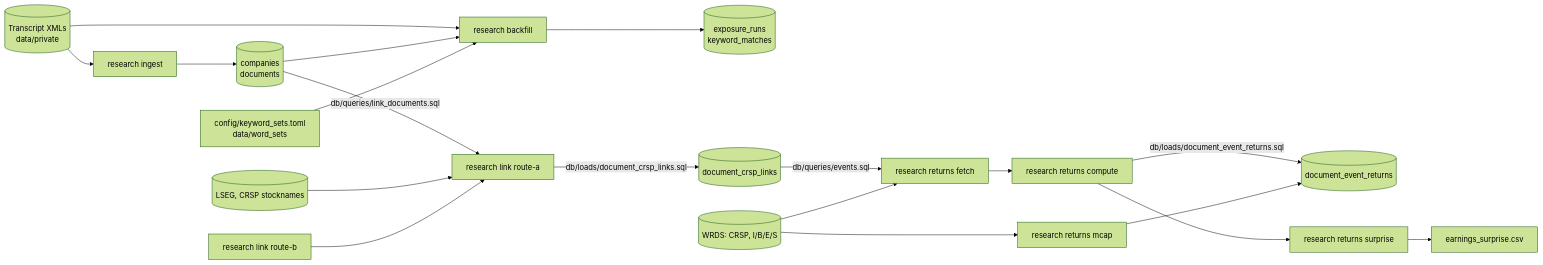
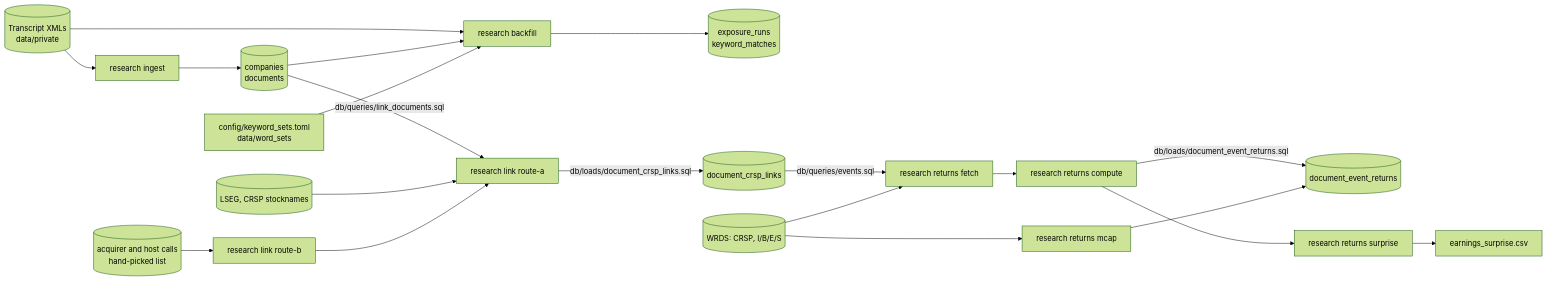
One commit to cwruquants/research changed the diagram in docs/pipeline.md. Above: the diagram before and after it, drawn with Mermaid (forest theme). The commit also changed other lines of this file and 25 other files, not shown here.

````diff
--- a/docs/pipeline.md
+++ b/docs/pipeline.md
@@ -6,19 +6,20 @@
 ```mermaid
 flowchart LR
     xml[(Transcript XMLs<br/>data/private)] --> ingest
     xml --> backfill
     ingest[research ingest] --> docs[(companies<br/>documents)]
     docs --> backfill[research backfill]
     kw[config/keyword_sets.toml<br/>data/word_sets] --> backfill
     backfill --> exp[(exposure_runs<br/>keyword_matches)]
     docs -- db/queries/link_documents.sql --> linkA[research link route-a]
     lseg[(LSEG, CRSP stocknames)] --> linkA
+    calls[(acquirer and host calls<br/>hand-picked list)] --> linkB
     linkB[research link route-b] --> linkA
     linkA -- db/loads/document_crsp_links.sql --> links[(document_crsp_links)]
     links -- db/queries/events.sql --> fetch[research returns fetch]
     wrds[(WRDS: CRSP, I/B/E/S)] --> fetch
     fetch --> compute[research returns compute]
     compute -- db/loads/document_event_returns.sql --> ret[(document_event_returns)]
     wrds --> mcap[research returns mcap] --> ret
     compute --> sue[research returns surprise] --> suecsv[earnings_surprise.csv]
 ```
````
